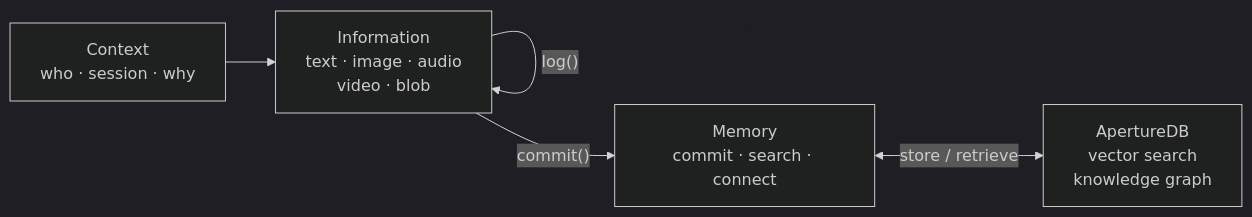
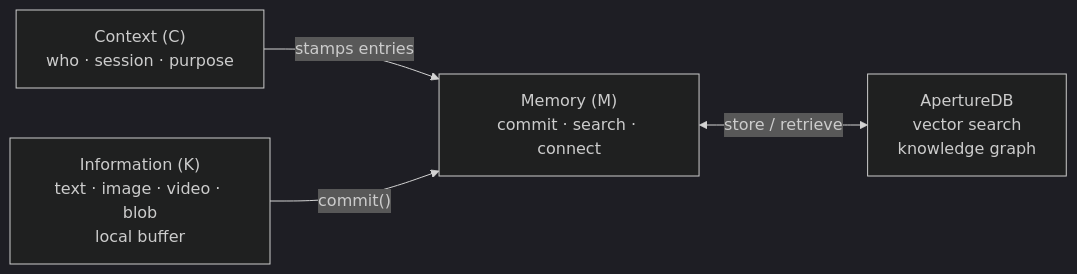
The diagram in docs/README.md (aperture-data/aperture-nexus), drawn with Mermaid (dark theme) before and after one commit. The commit also changed other lines of this file and 2 other files, not shown here.

````diff
--- a/docs/README.md
+++ b/docs/README.md
@@ -24,12 +27,11 @@
 ```mermaid
 flowchart LR
-    C["Context\nwho · session · why"]
-    I["Information\ntext · image · audio\nvideo · blob"]
-    M["Memory\ncommit · search · connect"]
+    I["Information (K)\ntext · image · video · blob\nlocal buffer"]
+    C["Context (C)\nwho · session · purpose"]
+    M["Memory (M)\ncommit · search · connect"]
     DB["ApertureDB\nvector search\nknowledge graph"]
 
-    C --> I
-    I -->|"log()"| I
+    C -->|"stamps entries"| M
     I -->|"commit()"| M
     M <-->|"store / retrieve"| DB
 ```
````
